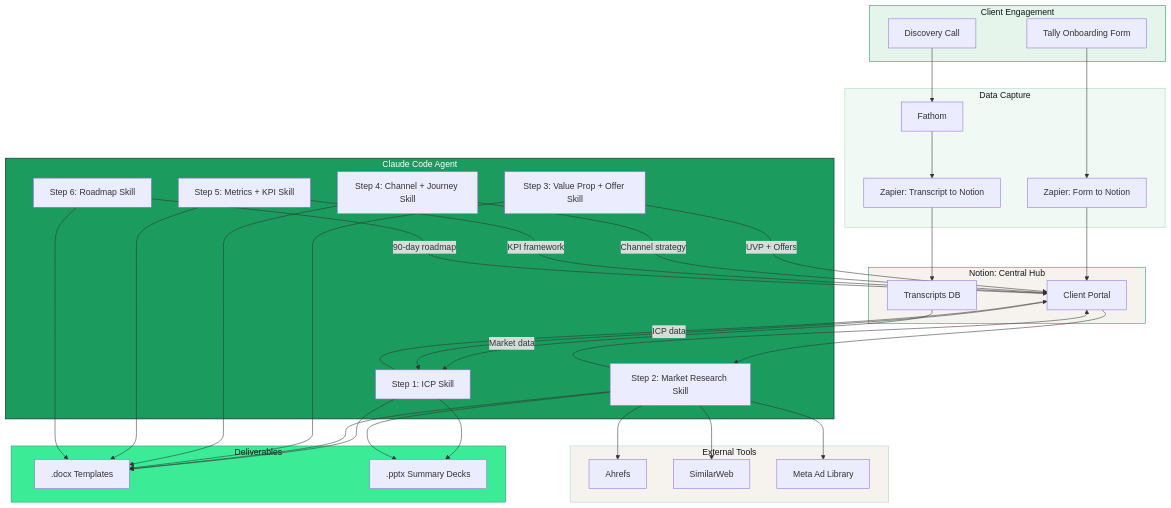
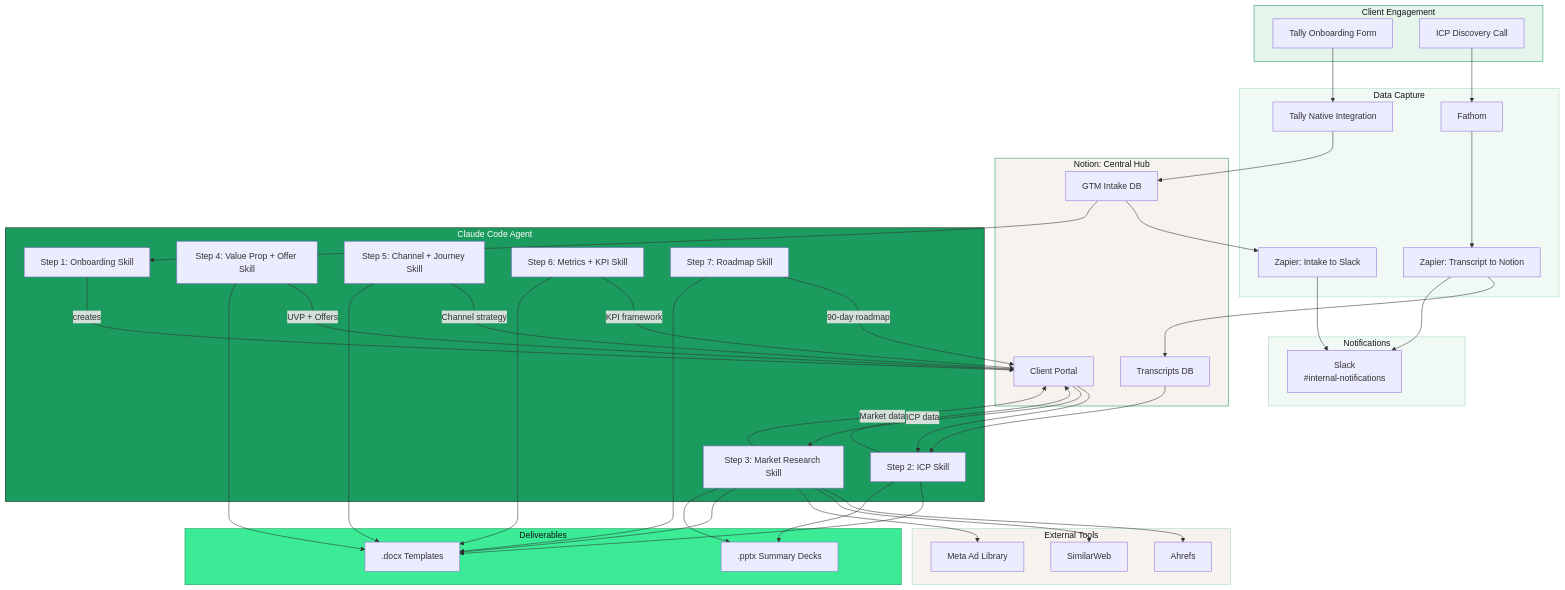
Before and after one commit to ClearThink-Marketing/ClearThink-Assets: the first of 4 diagrams in ClearLaunch_System_Diagrams.md, drawn with Mermaid. The commit also changed other lines of this file and 2 other files, not shown here.

First line of the commit message:
Renumber to 7-step process, rename discovery call to ICP Discovery call

````diff
--- a/ClearLaunch_System_Diagrams.md
+++ b/ClearLaunch_System_Diagrams.md
@@ -11,59 +11,70 @@
 ```mermaid
 flowchart TB
     subgraph CLIENT["Client Engagement"]
         ONBOARD["Tally Onboarding Form"]
-        CALL["Discovery Call"]
+        CALL["ICP Discovery Call"]
     end
     subgraph CAPTURE["Data Capture"]
         FATHOM["Fathom"]
-        ZAP1["Zapier: Form to Notion"]
+        TALLY_INT["Tally Native Integration"]
         ZAP2["Zapier: Transcript to Notion"]
+        ZAP3["Zapier: Intake to Slack"]
+    end
+    subgraph NOTIFY["Notifications"]
+        SLACK["Slack\n#internal-notifications"]
     end
     subgraph NOTION["Notion: Central Hub"]
+        INTAKE_DB["GTM Intake DB"]
         PORTAL["Client Portal"]
         TRANSCRIPTS["Transcripts DB"]
     end
     subgraph AGENT["Claude Code Agent"]
-        S1["Step 1: ICP Skill"]
-        S2["Step 2: Market Research Skill"]
-        S3["Step 3: Value Prop + Offer Skill"]
-        S4["Step 4: Channel + Journey Skill"]
-        S5["Step 5: Metrics + KPI Skill"]
-        S6["Step 6: Roadmap Skill"]
+        S1["Step 1: Onboarding Skill"]
+        S2["Step 2: ICP Skill"]
+        S3["Step 3: Market Research Skill"]
+        S4["Step 4: Value Prop + Offer Skill"]
+        S5["Step 5: Channel + Journey Skill"]
+        S6["Step 6: Metrics + KPI Skill"]
+        S7["Step 7: Roadmap Skill"]
     end
     subgraph TOOLS["External Tools"]
         AHREFS["Ahrefs"]
         SIMILAR["SimilarWeb"]
         META["Meta Ad Library"]
     end
     subgraph OUTPUT["Deliverables"]
         DOCX[".docx Templates"]
         PPTX[".pptx Summary Decks"]
     end
-    ONBOARD --> ZAP1 --> PORTAL
+    ONBOARD --> TALLY_INT --> INTAKE_DB
+    INTAKE_DB --> ZAP3 --> SLACK
+    INTAKE_DB --> S1
+    S1 -->|"creates"| PORTAL
     CALL --> FATHOM --> ZAP2 --> TRANSCRIPTS
-    TRANSCRIPTS --> S1
-    PORTAL --> S1
+    ZAP2 --> SLACK
+    TRANSCRIPTS --> S2
     PORTAL --> S2
-    S1 -->|ICP data| PORTAL
-    S2 -->|Market data| PORTAL
-    S3 -->|UVP + Offers| PORTAL
-    S4 -->|Channel strategy| PORTAL
-    S5 -->|KPI framework| PORTAL
-    S6 -->|90-day roadmap| PORTAL
-    S2 --> AHREFS
-    S2 --> SIMILAR
-    S2 --> META
-    S1 --> DOCX & PPTX
+    PORTAL --> S3
+    S2 -->|ICP data| PORTAL
+    S3 -->|Market data| PORTAL
+    S4 -->|UVP + Offers| PORTAL
+    S5 -->|Channel strategy| PORTAL
+    S6 -->|KPI framework| PORTAL
+    S7 -->|90-day roadmap| PORTAL
+    S3 --> AHREFS
+    S3 --> SIMILAR
+    S3 --> META
     S2 --> DOCX & PPTX
-    S3 --> DOCX
+    S3 --> DOCX & PPTX
     S4 --> DOCX
     S5 --> DOCX
     S6 --> DOCX
+    S7 --> DOCX
     style CLIENT fill:#E5F5EC,stroke:#1B9B5E,color:#121718
     style CAPTURE fill:#F0F9F4,stroke:#A8D9BD,color:#121718
+    style NOTIFY fill:#F0F9F4,stroke:#A8D9BD,color:#121718
     style NOTION fill:#F6F3EF,stroke:#1B9B5E,color:#121718
     style AGENT fill:#1B9B5E,stroke:#121718,color:#fff
     style TOOLS fill:#F6F3EF,stroke:#A8D9BD,color:#121718
     style OUTPUT fill:#3BEB96,stroke:#1B9B5E,color:#121718
 ```
````
